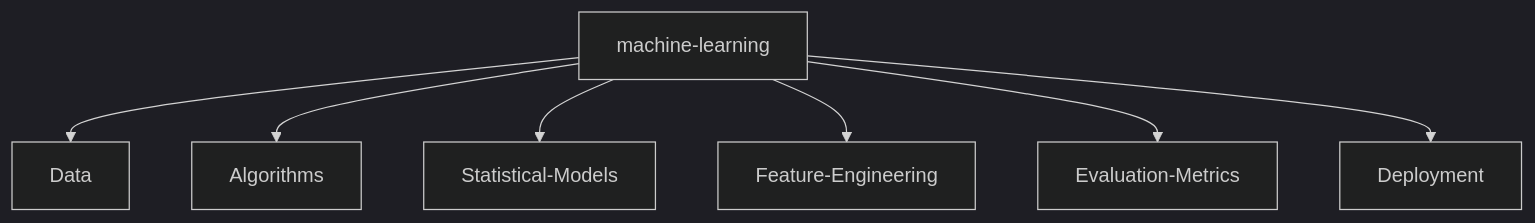
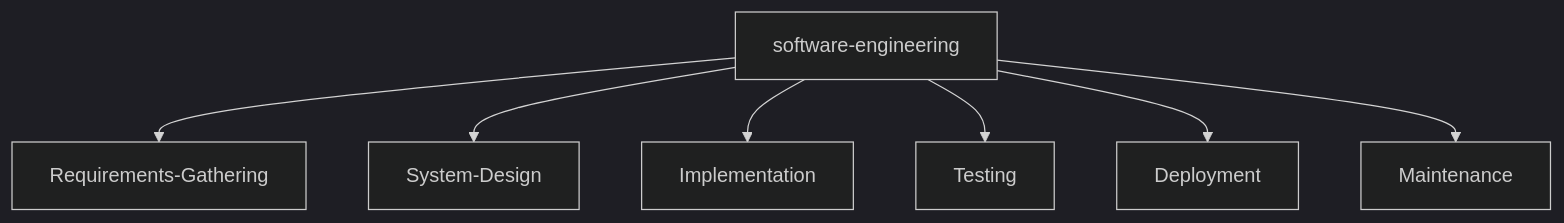
The diagram in README.md (MeiSiristhebest/MeiSiristhebest), drawn with Mermaid (dark theme) before and after one commit. The commit also changed other lines of this file, not shown here.

````diff
--- a/README.md
+++ b/README.md
@@ -87,9 +76,9 @@
 ```mermaid
 graph TD;
-    machine-learning-->Data;
-    machine-learning-->Algorithms;
-    machine-learning-->Statistical-Models;
-    machine-learning-->Feature-Engineering;
-    machine-learning-->Evaluation-Metrics;
-    machine-learning-->Deployment;
-   ```
+software-engineering-->Requirements-Gathering;
+software-engineering-->System-Design;
+software-engineering-->Implementation;
+software-engineering-->Testing;
+software-engineering-->Deployment;
+software-engineering-->Maintenance;
+```
````
